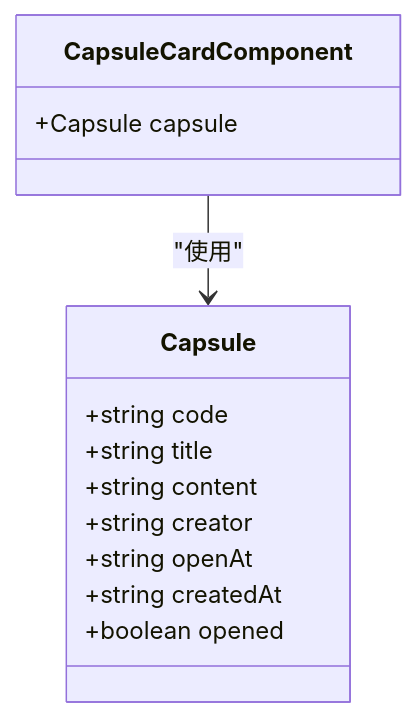
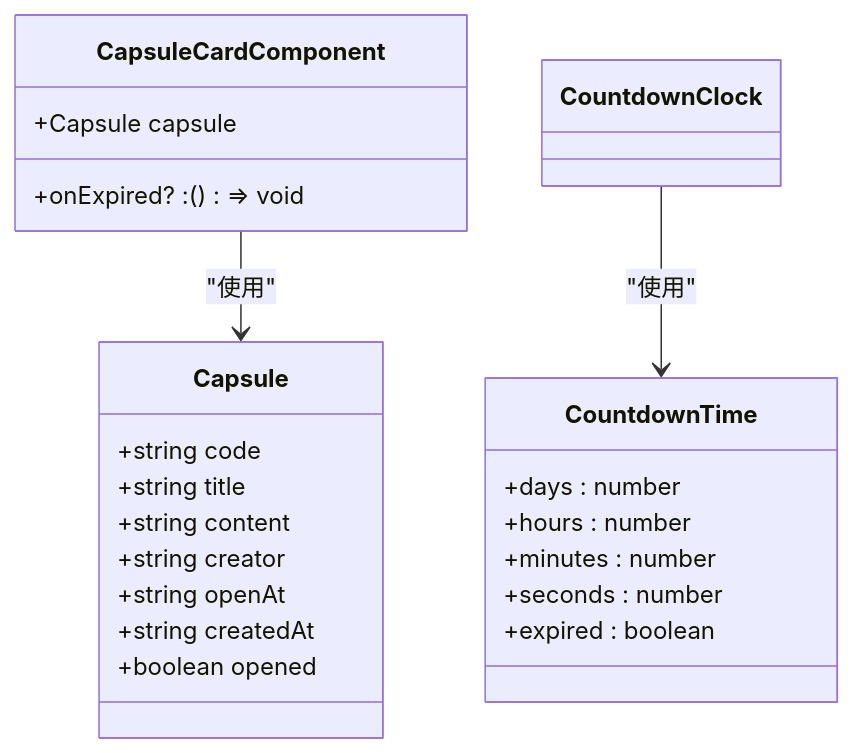
Diagram 15 of 15 in .qoder/repowiki/zh/content/前端实现详解/Vue 3 实现/组件系统设计/CapsuleCard 胶囊卡片组件.md (alexy2008/TimeCapsule), drawn with Mermaid before and after one commit. The commit also changed other lines of this file and 22 other files, not shown here.

````diff
--- a/.qoder/repowiki/zh/content/前端实现详解/Vue 3 实现/组件系统设计/CapsuleCard 胶囊卡片组件.md
+++ b/.qoder/repowiki/zh/content/前端实现详解/Vue 3 实现/组件系统设计/CapsuleCard 胶囊卡片组件.md
@@ -338,16 +535,25 @@
 ```mermaid
 classDiagram
 class Capsule {
 +string code
 +string title
 +string content
 +string creator
 +string openAt
 +string createdAt
 +boolean opened
 }
 class CapsuleCardComponent {
 +Capsule capsule
++onExpired? : () => void
+}
+class CountdownTime {
++days : number
++hours : number
++minutes : number
++seconds : number
++expired : boolean
 }
 CapsuleCardComponent --> Capsule : "使用"
+CountdownClock --> CountdownTime : "使用"
 ```
````
